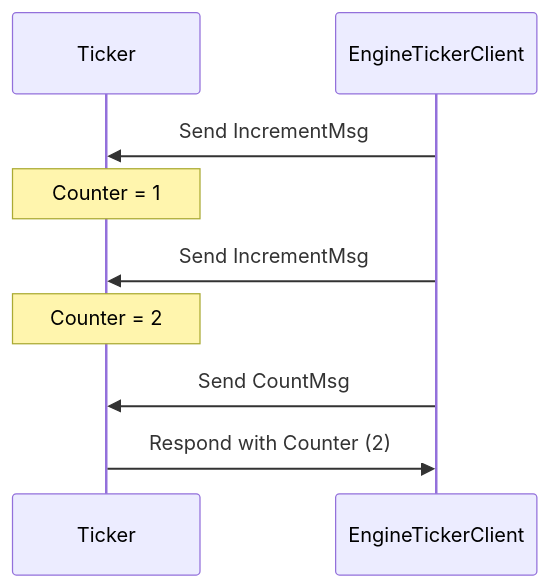
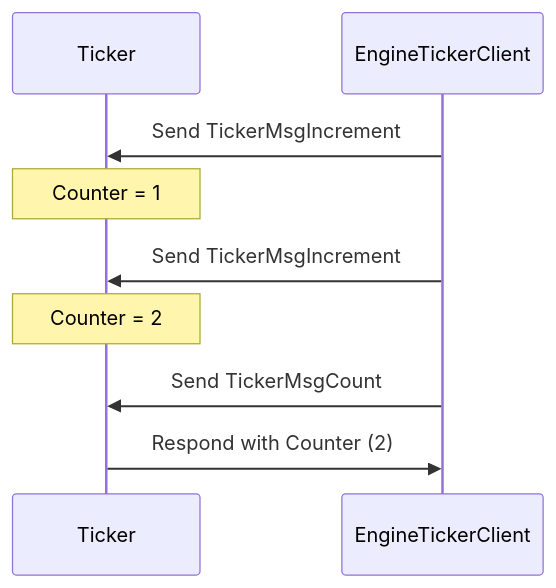
Before and after one commit to anoma/nspec: the diagram in docs/arch/node/engines/ticker_messages.juvix.md, drawn with Mermaid. The commit also changed other lines of this file and 12 other files, not shown here.

````diff
--- a/docs/arch/node/engines/ticker_messages.juvix.md
+++ b/docs/arch/node/engines/ticker_messages.juvix.md
@@ -65,14 +57,14 @@
 ```mermaid
 sequenceDiagram
     participant Ticker
     participant EngineTickerClient
 
-    EngineTickerClient ->> Ticker: Send IncrementMsg
+    EngineTickerClient ->> Ticker: Send TickerMsgIncrement
     Note over Ticker: Counter = 1
 
-    EngineTickerClient ->> Ticker: Send IncrementMsg
+    EngineTickerClient ->> Ticker: Send TickerMsgIncrement
     Note over Ticker: Counter = 2
 
-    EngineTickerClient ->> Ticker: Send CountMsg
+    EngineTickerClient ->> Ticker: Send TickerMsgCount
     Ticker ->> EngineTickerClient: Respond with Counter (2)
 ```
````
